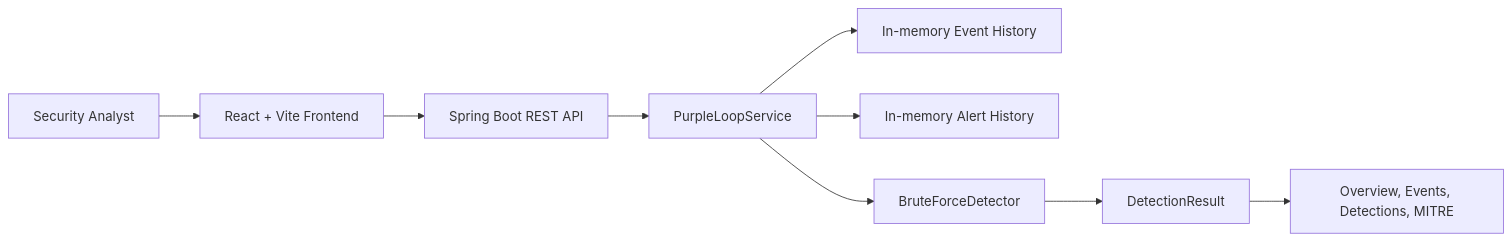
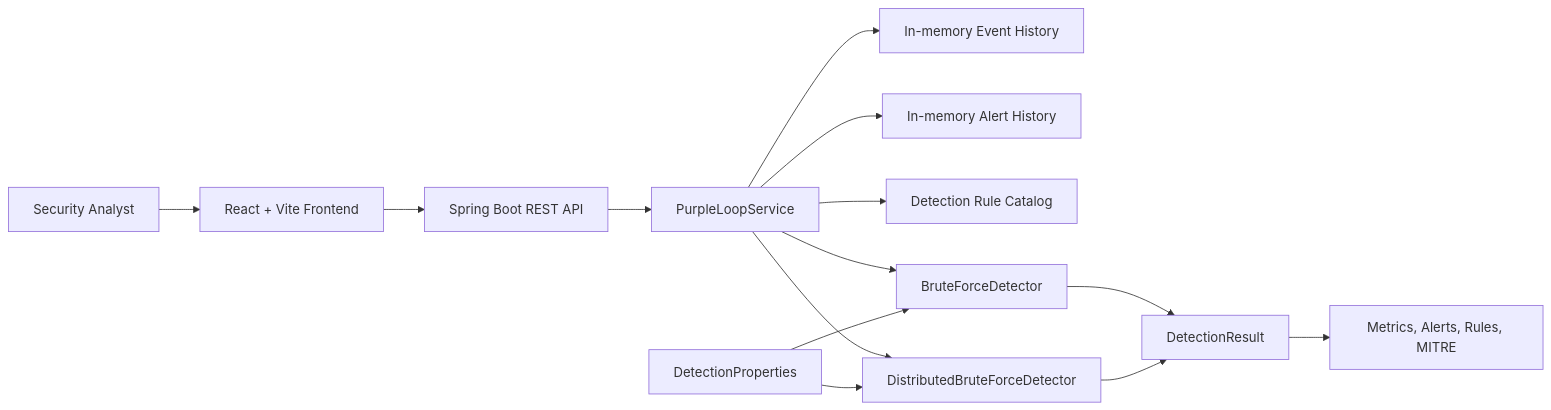
One commit to AnupamGupta-Pro00Nation/purpleloop changed the diagram in README.md. Above: the diagram before and after it, drawn with Mermaid. The commit also changed other lines of this file and 21 other files, not shown here.

Commit message:
feat: enhance detection engine and finalize dashboard

````diff
--- a/README.md
+++ b/README.md
@@ -7,11 +7,16 @@
 ```mermaid
 flowchart LR
     User[Security Analyst] --> Frontend[React + Vite Frontend]
     Frontend --> API[Spring Boot REST API]
     API --> Service[PurpleLoopService]
     Service --> Events[In-memory Event History]
     Service --> Alerts[In-memory Alert History]
-    Service --> Detector[BruteForceDetector]
-    Detector --> Results[DetectionResult]
-    Results --> Dashboard[Overview, Events, Detections, MITRE]
+    Service --> Rules[Detection Rule Catalog]
+    Service --> Single[BruteForceDetector]
+    Service --> Distributed[DistributedBruteForceDetector]
+    Config[DetectionProperties] --> Single
+    Config --> Distributed
+    Single --> Results[DetectionResult]
+    Distributed --> Results
+    Results --> Dashboard[Metrics, Alerts, Rules, MITRE]
 ```
````
